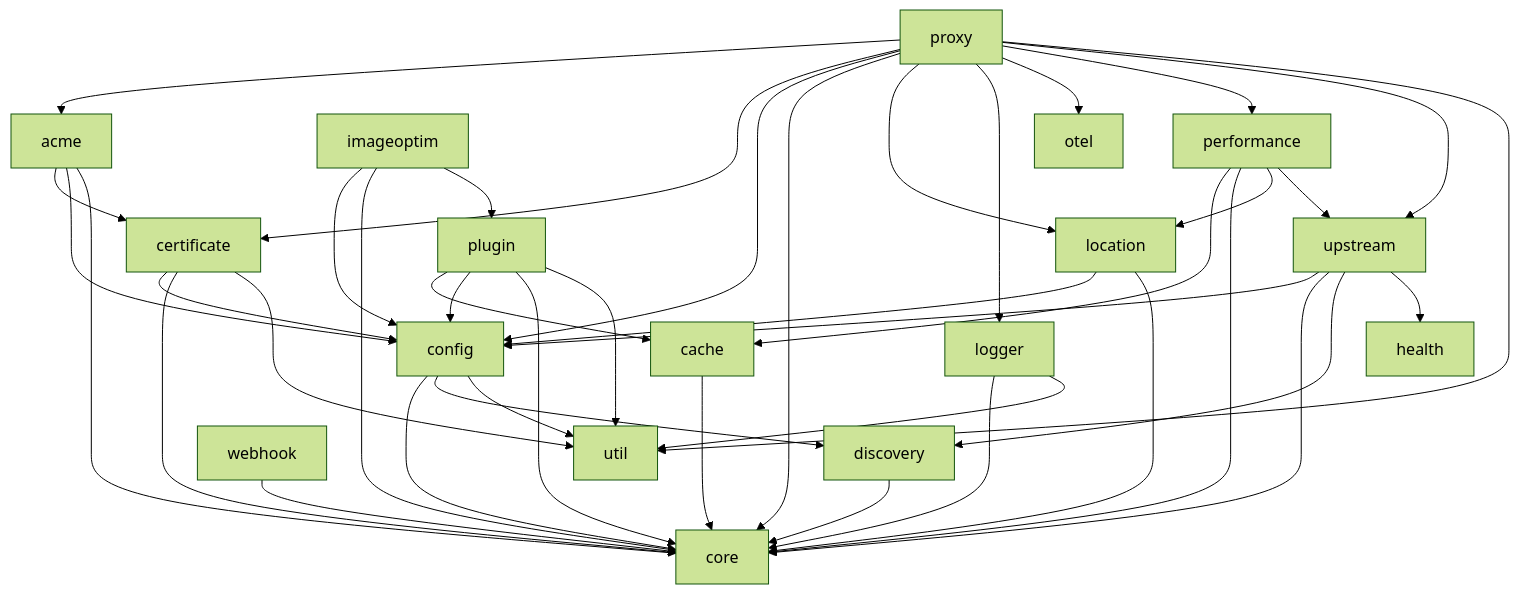
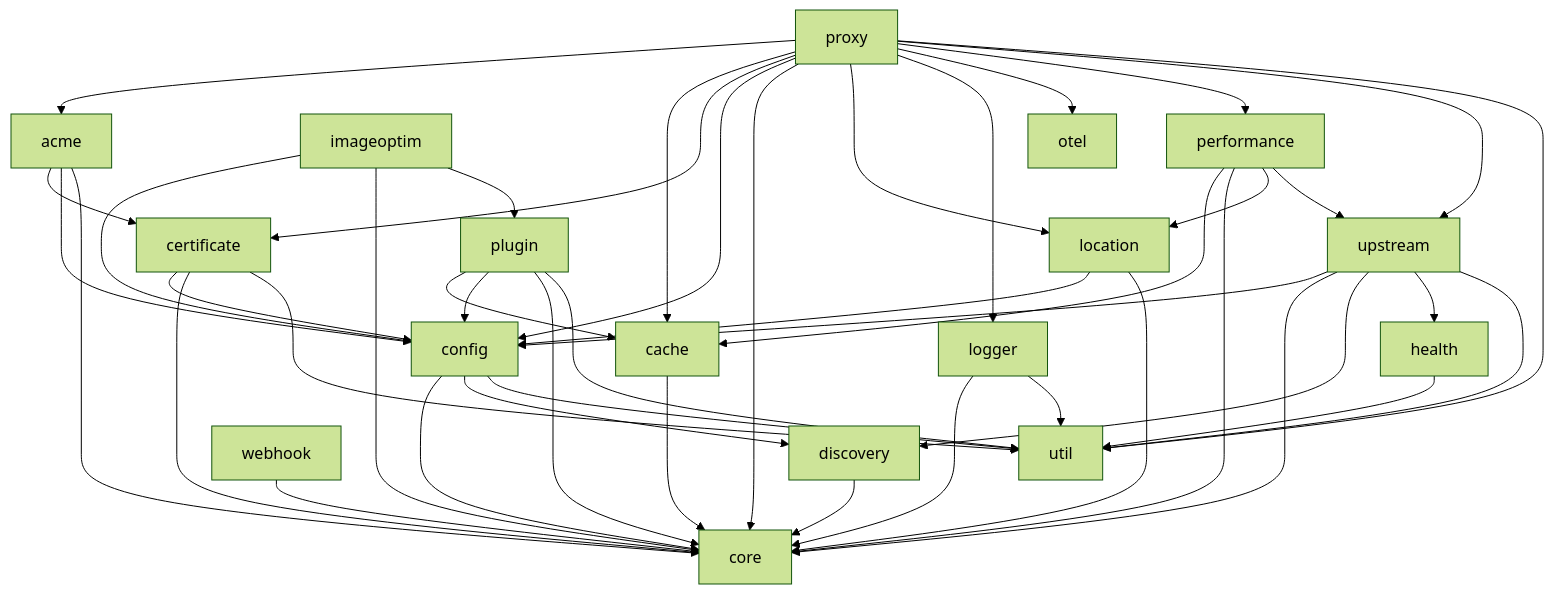
Before and after one commit to vicanso/pingap: the diagram in docs/zh/README.md, drawn with Mermaid (forest theme). The commit also changed other lines of this file and 20 other files, not shown here.

Commit message:
docs: correct steps, examples, and the module graph

````diff
--- a/docs/zh/README.md
+++ b/docs/zh/README.md
@@ -77,44 +77,47 @@
 ```mermaid
 graph TD
     acme --> certificate
     acme --> config
     acme --> core
     cache --> core
     certificate --> config
     certificate --> core
     certificate --> util
     config --> core
     config --> discovery
     config --> util
     discovery --> core
+    health --> util
     imageoptim --> config
     imageoptim --> core
     imageoptim --> plugin
     location --> config
     location --> core
     logger --> core
     logger --> util
     performance --> cache
     performance --> core
     performance --> location
     performance --> upstream
     plugin --> cache
     plugin --> config
     plugin --> core
     plugin --> util
     proxy --> acme
+    proxy --> cache
     proxy --> certificate
     proxy --> config
     proxy --> core
     proxy --> location
     proxy --> logger
     proxy --> otel
     proxy --> performance
     proxy --> upstream
     proxy --> util
     upstream --> config
     upstream --> core
     upstream --> discovery
     upstream --> health
+    upstream --> util
     webhook --> core
 ```
````
